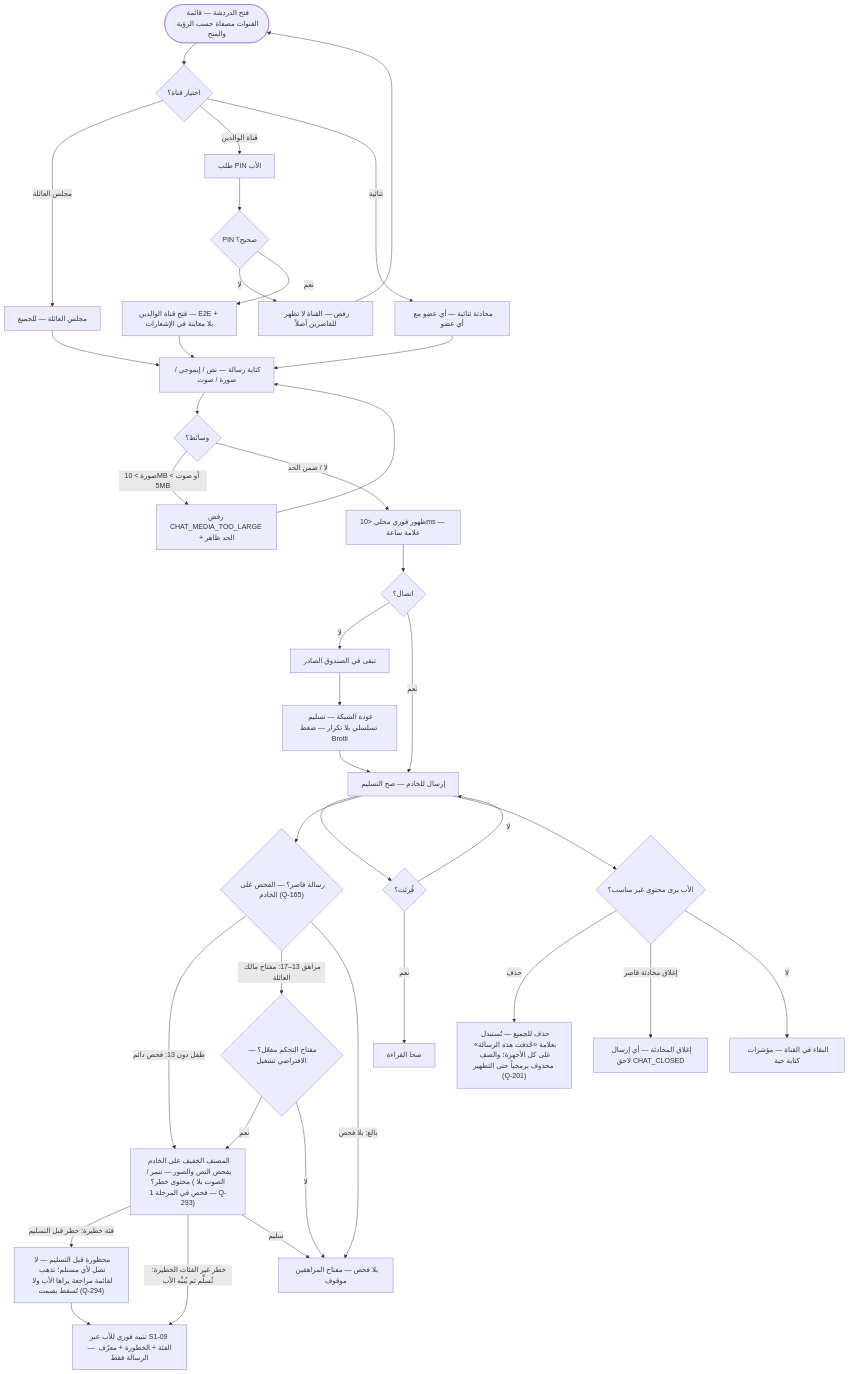
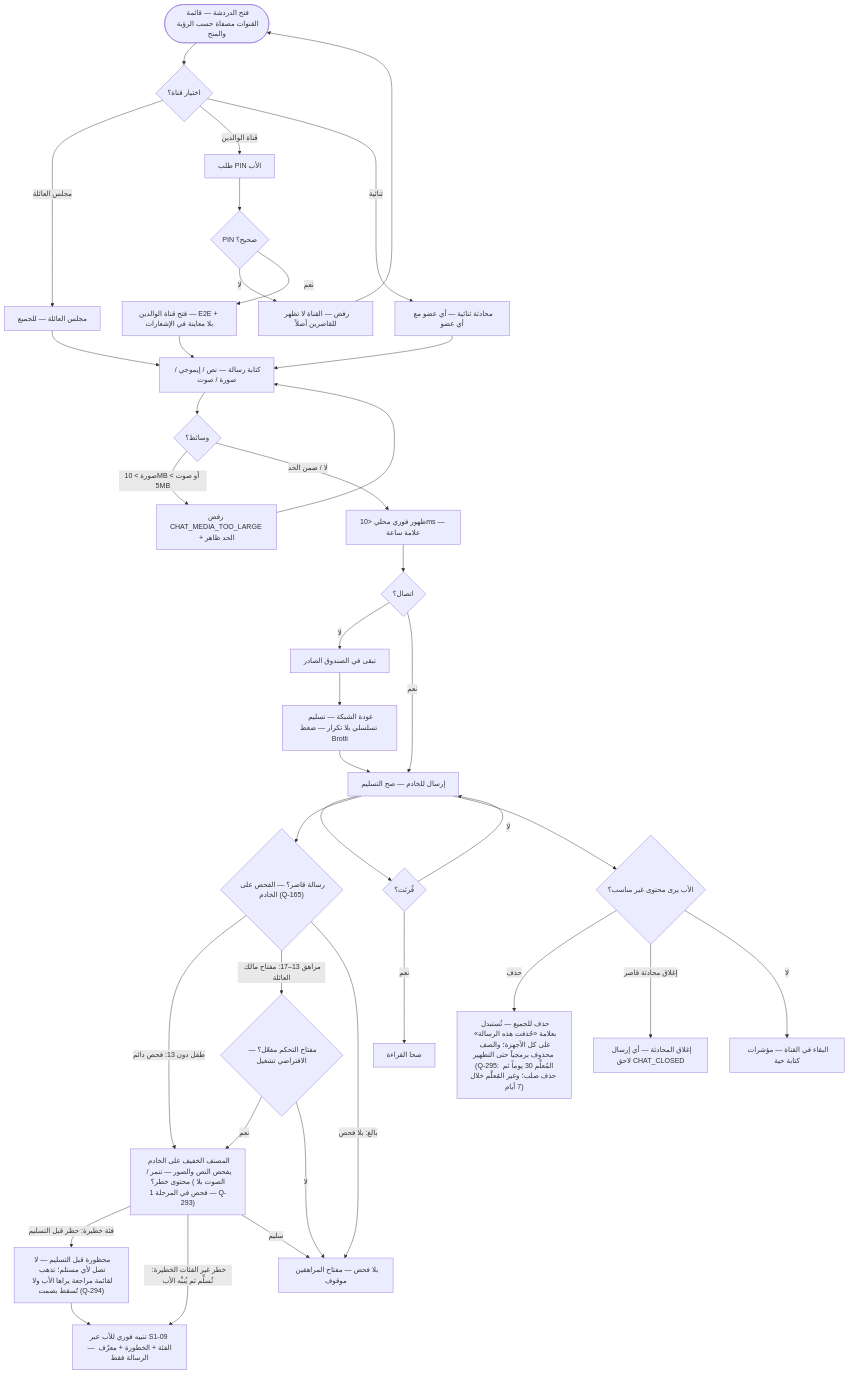
One commit to Bassam-mohammed-alqaeadi/family-os-v2 changed the ninth of 11 diagrams in docs/family-os/governance/phases/phase-1/S1-08-chat-basic/DIAGRAMS.md. Above: the diagram before and after it, drawn with Mermaid. The commit also changed 2 other files, not shown here.

Commit message:
R2-S108-44 (Q-295): التطهير — المُعلَّم 30 يوماً للمراجعة ثم حذف صلب؛ وغير المُعلَّم خلال 7 أيام؛ ورفع انتظار Q-201 عن المدة

````diff
--- a/docs/family-os/governance/phases/phase-1/S1-08-chat-basic/DIAGRAMS.md
+++ b/docs/family-os/governance/phases/phase-1/S1-08-chat-basic/DIAGRAMS.md
@@ -377,40 +377,40 @@
 ```mermaid
 flowchart TD
     Start([فتح الدردشة — قائمة القنوات مصفاة حسب الرؤية والمنح]) --> Pick{اختيار قناة؟}
     Pick -->|مجلس العائلة| Lounge[مجلس العائلة — للجميع]
     Pick -->|قناة الوالدين| Pin[طلب PIN الأب]
     Pick -->|ثنائية| Direct[محادثة ثنائية — أي عضو مع أي عضو]
     Pin --> PinOK{PIN صحيح؟}
     PinOK -->|لا| Deny[رفض — القناة لا تظهر للقاصرين أصلاً]
     PinOK -->|نعم| E2E[فتح قناة الوالدين — E2E + بلا معاينة في الإشعارات]
     Lounge --> Write[كتابة رسالة — نص / إيموجي / صورة / صوت]
     Direct --> Write
     E2E --> Write
     Write --> Media{وسائط؟}
     Media -->|صورة > 10MB أو صوت > 5MB| TooBig[رفض CHAT_MEDIA_TOO_LARGE + الحد ظاهر]
     Media -->|لا / ضمن الحد| Show[ظهور فوري محلي <10ms — علامة ساعة]
     Show --> Conn{اتصال؟}
     Conn -->|لا| Outbox[تبقى في الصندوق الصادر]
     Outbox --> Back[عودة الشبكة — تسليم تسلسلي بلا تكرار — ضغط Brotli]
     Back --> Sent
     Conn -->|نعم| Sent[إرسال للخادم — صح التسليم]
     Sent --> Read{قُرئت؟}
     Read -->|نعم| ReadOK[صحا القراءة]
     Read -->|لا| Sent
     Sent --> Classify{"رسالة قاصر؟ — الفحص على الخادم (Q-165)"}
     Classify -->|طفل دون 13: فحص دائم| Check["المصنف الخفيف على الخادم يفحص النص والصور — تنمر / محتوى خطر؟ (الصوت بلا فحص في المرحلة 1 — Q-293)"]
     Classify -->|مراهق 13–17: مفتاح مالك العائلة| KeyOn{مفتاح التحكم مفعّل؟ — الافتراضي تشغيل}
     KeyOn -->|نعم| Check
     KeyOn -->|لا| NoCheck[بلا فحص — مفتاح المراهقين موقوف]
     Classify -->|بالغ: بلا فحص| NoCheck
     Check -->|فئة خطيرة: حظر قبل التسليم| Blocked["محظورة قبل التسليم — لا تصل لأي مستلم؛ تذهب لقائمة مراجعة يراها الأب ولا تُسقط بصمت (Q-294)"]
     Check -->|خطر غير الفئات الخطيرة: تُسلَّم ثم يُنبَّه الأب| Alert[تنبيه فوري للأب عبر S1-09 — الفئة + الخطورة + معرّف الرسالة فقط]
     Check -->|سليم| NoCheck
     Blocked --> Alert
     Sent --> FatherAct{الأب يرى محتوى غير مناسب؟}
-    FatherAct -->|حذف| Del["حذف للجميع — تُستبدل بعلامة «حُذفت هذه الرسالة» على كل الأجهزة؛ والصف محذوف برمجياً حتى التطهير (Q-201)"]
+    FatherAct -->|حذف| Del["حذف للجميع — تُستبدل بعلامة «حُذفت هذه الرسالة» على كل الأجهزة؛ والصف محذوف برمجياً حتى التطهير (Q-295: المُعلَّم 30 يوماً ثم حذف صلب؛ وغير المُعلَّم خلال 7 أيام)"]
     FatherAct -->|إغلاق محادثة قاصر| Close[إغلاق المحادثة — أي إرسال لاحق CHAT_CLOSED]
     FatherAct -->|لا| Stay[البقاء في القناة — مؤشرات كتابة حية]
     TooBig --> Write
     Deny --> Start
 ```
````
